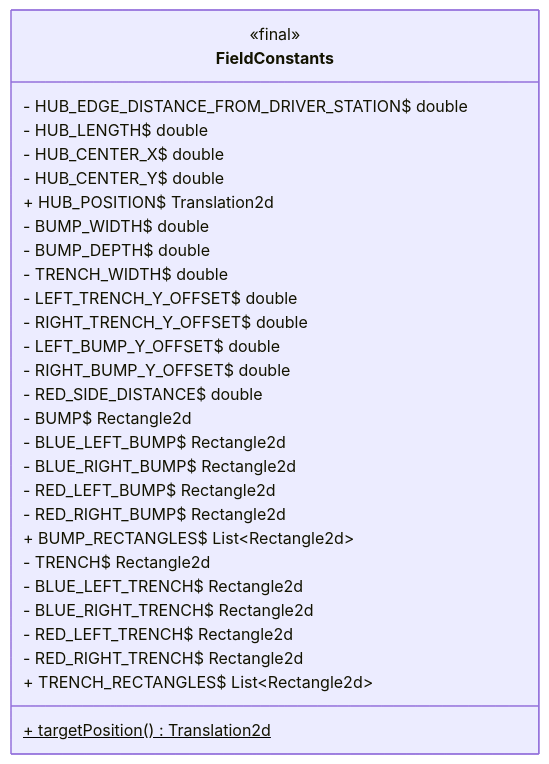
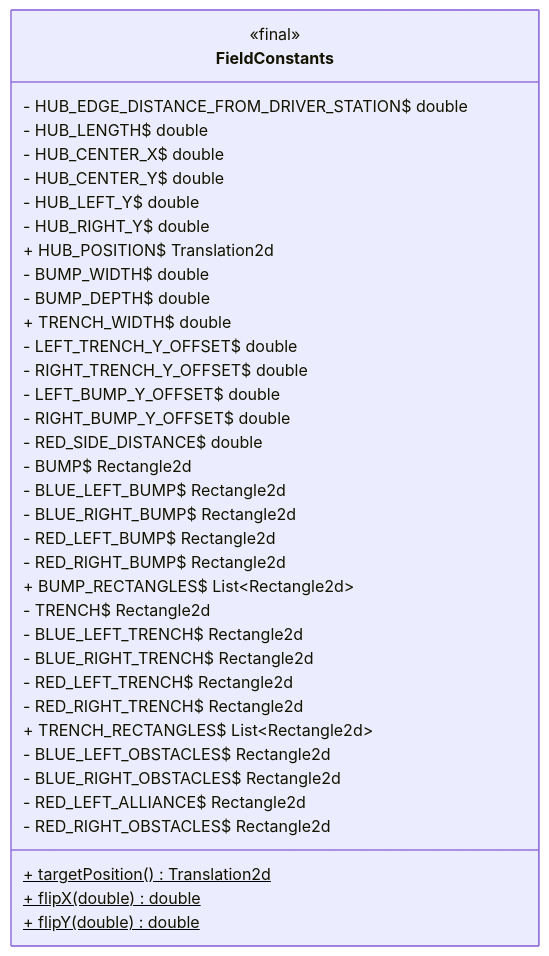
The diagram in src/uml/frc/robot/constants/FieldConstants.mmd (LakotaRobotics1038/2026RobotProject), drawn with Mermaid before and after one commit. The commit also changed 14 other files, not shown here.

Commit message:
uml updates

```diff
--- a/src/uml/frc/robot/constants/FieldConstants.mmd
+++ b/src/uml/frc/robot/constants/FieldConstants.mmd
@@ -1,32 +1,40 @@
 classDiagram
   direction LR
 
   class FieldConstants {
     <<final>>
     - HUB_EDGE_DISTANCE_FROM_DRIVER_STATION$ double
     - HUB_LENGTH$ double
     - HUB_CENTER_X$ double
     - HUB_CENTER_Y$ double
+    - HUB_LEFT_Y$ double
+    - HUB_RIGHT_Y$ double
     + HUB_POSITION$ Translation2d
     - BUMP_WIDTH$ double
     - BUMP_DEPTH$ double
-    - TRENCH_WIDTH$ double
+    + TRENCH_WIDTH$ double
     - LEFT_TRENCH_Y_OFFSET$ double
     - RIGHT_TRENCH_Y_OFFSET$ double
     - LEFT_BUMP_Y_OFFSET$ double
     - RIGHT_BUMP_Y_OFFSET$ double
     - RED_SIDE_DISTANCE$ double
     - BUMP$ Rectangle2d
     - BLUE_LEFT_BUMP$ Rectangle2d
     - BLUE_RIGHT_BUMP$ Rectangle2d
     - RED_LEFT_BUMP$ Rectangle2d
     - RED_RIGHT_BUMP$ Rectangle2d
     + BUMP_RECTANGLES$ List~Rectangle2d~
     - TRENCH$ Rectangle2d
     - BLUE_LEFT_TRENCH$ Rectangle2d
     - BLUE_RIGHT_TRENCH$ Rectangle2d
     - RED_LEFT_TRENCH$ Rectangle2d
     - RED_RIGHT_TRENCH$ Rectangle2d
     + TRENCH_RECTANGLES$ List~Rectangle2d~
+    - BLUE_LEFT_OBSTACLES$ Rectangle2d
+    - BLUE_RIGHT_OBSTACLES$ Rectangle2d
+    - RED_LEFT_ALLIANCE$ Rectangle2d
+    - RED_RIGHT_OBSTACLES$ Rectangle2d
     + targetPosition()$ Translation2d
+    + flipX(double)$ double
+    + flipY(double)$ double
   }
```
